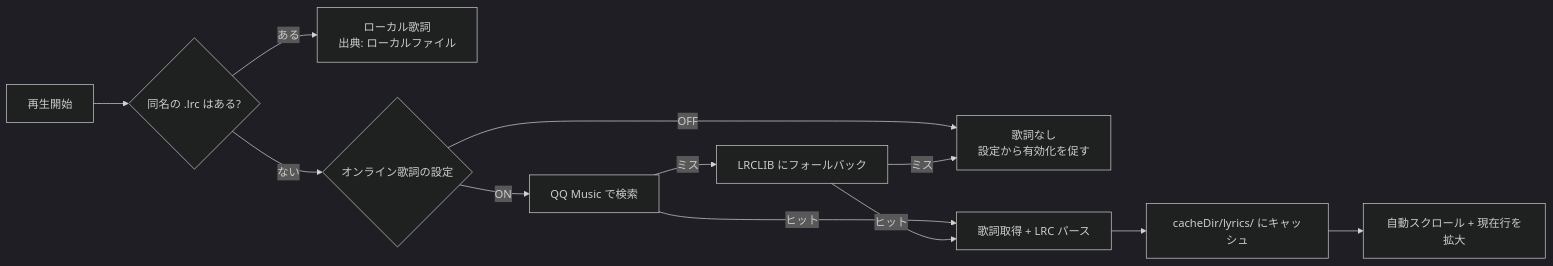
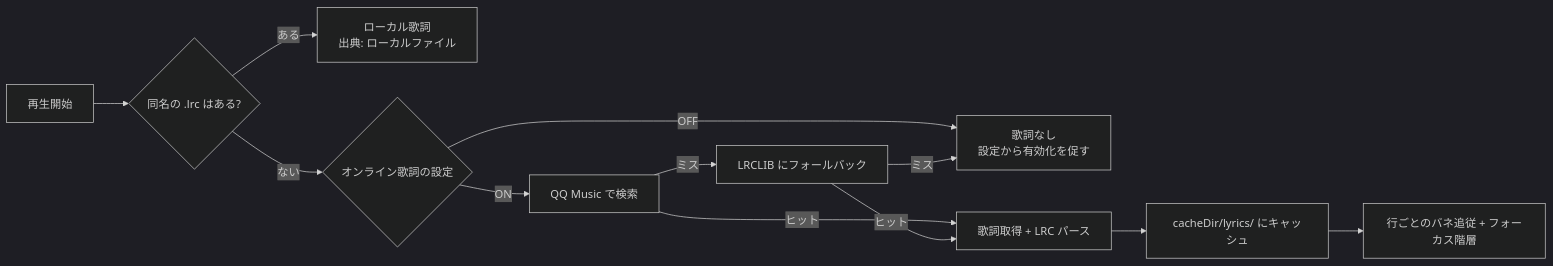
One commit to Sanye223/Melody-Retro changed the first of 2 diagrams in README.ja.md. Above: the diagram before and after it, drawn with Mermaid (dark theme). The commit also changed other lines of this file and 9 other files, not shown here.

````diff
--- a/README.ja.md
+++ b/README.ja.md
@@ -86,14 +88,14 @@
 ```mermaid
 flowchart LR
     A[再生開始] --> B{"同名の .lrc はある?"}
     B -->|ある| C["ローカル歌詞<br/>出典: ローカルファイル"]
     B -->|ない| D{オンライン歌詞の設定}
     D -->|OFF| E["歌詞なし<br/>設定から有効化を促す"]
     D -->|ON| F[QQ Music で検索]
     F -->|ヒット| G[歌詞取得 + LRC パース]
     F -->|ミス| H[LRCLIB にフォールバック]
     H -->|ヒット| G
     H -->|ミス| E
     G --> I["cacheDir/lyrics/ にキャッシュ"]
-    I --> J[自動スクロール + 現在行を拡大]
+    I --> J[行ごとのバネ追従 + フォーカス階層]
 ```
````
